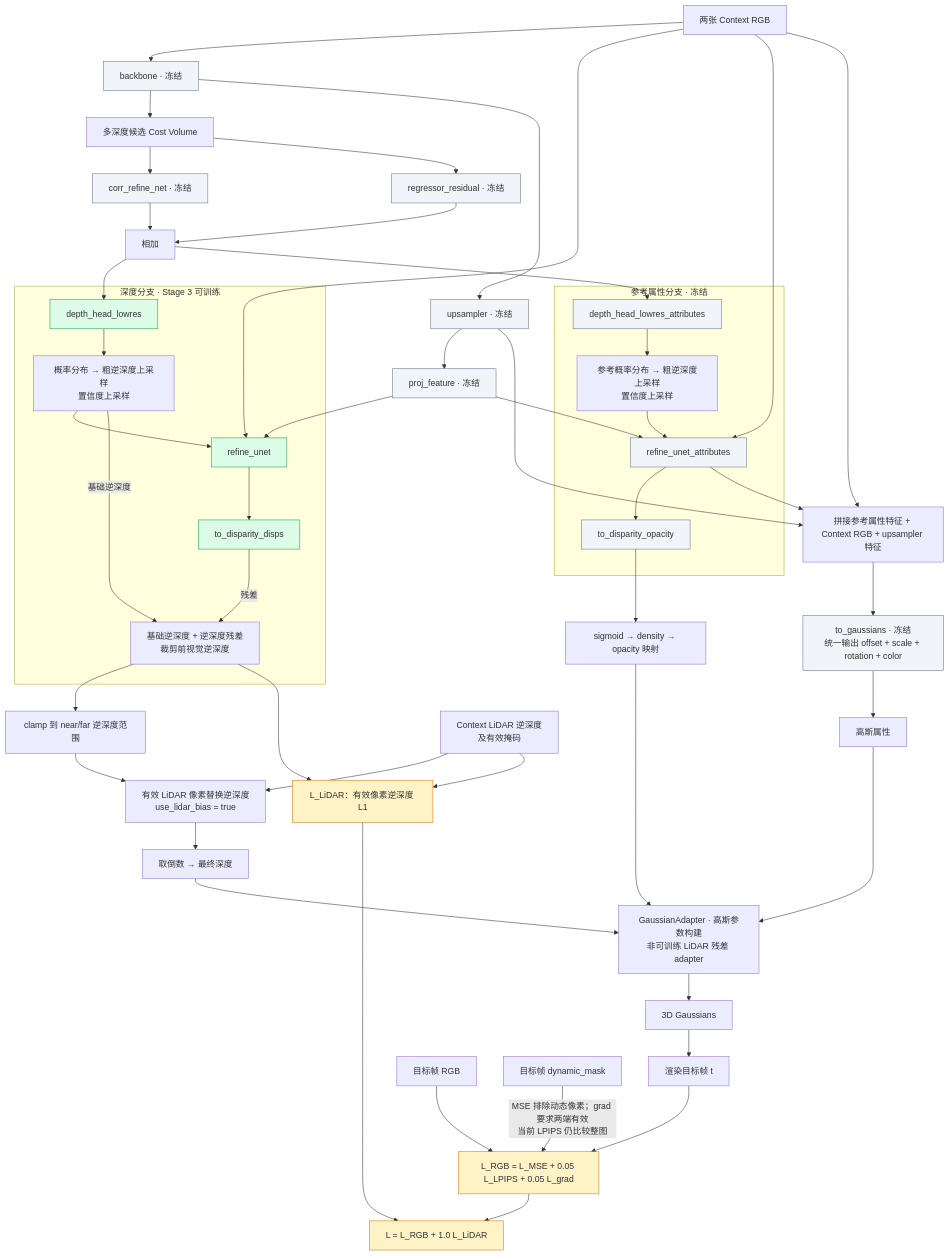
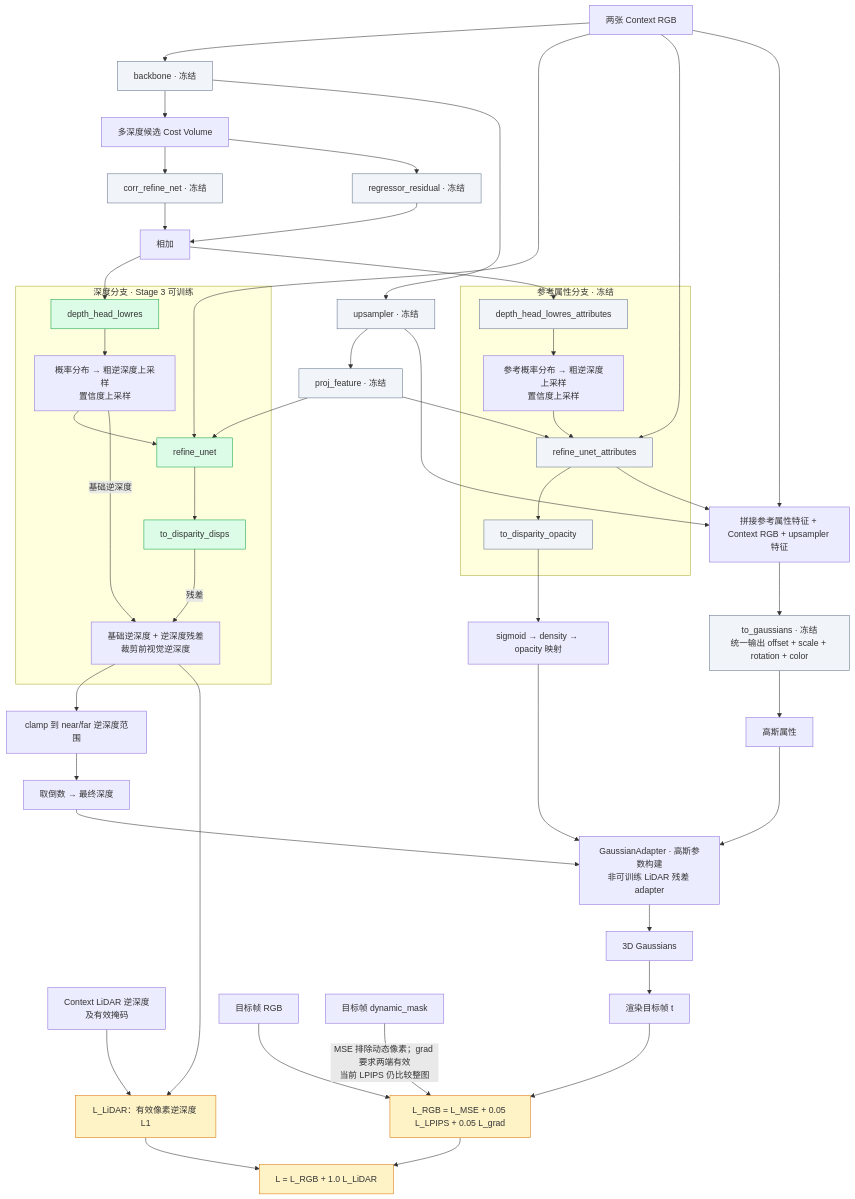
One commit to Shelly-icecream/lidar-enhanced-mvsplat changed the diagram in README.md. Above: the diagram before and after it, drawn with Mermaid. The commit also changed other lines of this file and 28 other files, not shown here.

````diff
--- a/README.md
+++ b/README.md
@@ -34,68 +34,67 @@
 ```mermaid
 flowchart TD
     A["两张 Context RGB"] --> B["backbone · 冻结"]
     B --> C["多深度候选 Cost Volume"]
     C --> D["corr_refine_net · 冻结"]
     C --> E["regressor_residual · 冻结"]
     D --> F["相加"]
     E --> F
     B --> I["upsampler · 冻结"]
     I --> J["proj_feature · 冻结"]
 
     subgraph DEPTH["深度分支 · Stage 3 可训练"]
         G["depth_head_lowres"]
         H["概率分布 → 粗逆深度上采样<br/>置信度上采样"]
         L["refine_unet"]
         M["to_disparity_disps"]
         V["基础逆深度 + 逆深度残差<br/>裁剪前视觉逆深度"]
         G --> H --> L --> M
         H -->|"基础逆深度"| V
         M -->|"残差"| V
     end
 
     subgraph ATTR["参考属性分支 · 冻结"]
         G0["depth_head_lowres_attributes"]
         H0["参考概率分布 → 粗逆深度上采样<br/>置信度上采样"]
         L0["refine_unet_attributes"]
         O0["to_disparity_opacity"]
         G0 --> H0 --> L0 --> O0
     end
 
     F --> G
     F --> G0
     J --> L
     J --> L0
     A --> L
     A --> L0
 
     L0 --> AC["拼接参考属性特征 + Context RGB + upsampler 特征"]
     A --> AC
     I --> AC
     AC --> N["to_gaussians · 冻结<br/>统一输出 offset + scale + rotation + color"]
     N --> P["高斯属性"]
 
     V --> CL["clamp 到 near/far 逆深度范围"]
-    CL --> REPLACE["有效 LiDAR 像素替换逆深度<br/>use_lidar_bias = true"]
-    LD["Context LiDAR 逆深度<br/>及有效掩码"] --> REPLACE
-    REPLACE --> Z["取倒数 → 最终深度"]
+    CL --> Z["取倒数 → 最终深度"]
+    LD["Context LiDAR 逆深度<br/>及有效掩码"]
     O0 --> OP["sigmoid → density → opacity 映射"]
     Z --> Q["GaussianAdapter · 高斯参数构建<br/>非可训练 LiDAR 残差 adapter"]
     OP --> Q
     P --> Q
     Q --> R["3D Gaussians"]
     R --> RENDER["渲染目标帧 t"]
     RENDER --> RGBLOSS["L_RGB = L_MSE + 0.05 L_LPIPS + 0.05 L_grad"]
     TARGET["目标帧 RGB"] --> RGBLOSS
     MASK["目标帧 dynamic_mask"] -->|"MSE 排除动态像素；grad 要求两端有效<br/>当前 LPIPS 仍比较整图"| RGBLOSS
     V --> LL["L_LiDAR：有效像素逆深度 L1"]
     LD --> LL
     RGBLOSS --> TOTAL["L = L_RGB + 1.0 L_LiDAR"]
     LL --> TOTAL
 
     classDef trainable fill:#dcfce7,stroke:#16a34a;
     classDef frozen fill:#f1f5f9,stroke:#64748b;
     classDef loss fill:#fef3c7,stroke:#d97706;
     class G,L,M trainable;
     class B,D,E,I,J,G0,L0,O0,N frozen;
     class LL,RGBLOSS,TOTAL loss;
 ```
````
